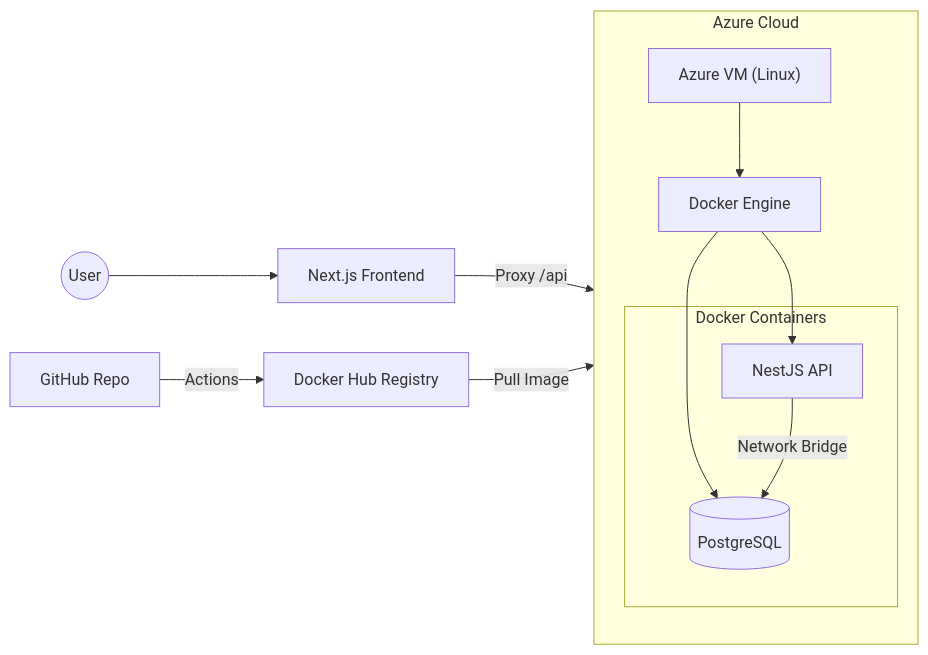
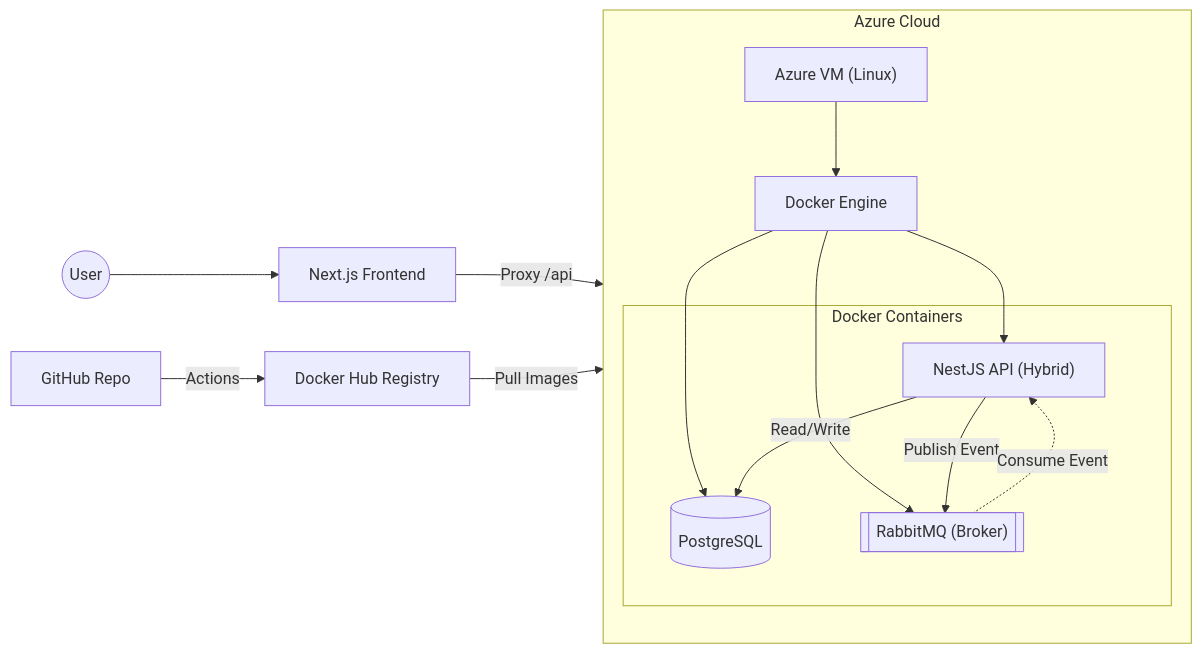
One commit to copa-origem/api-consumo-nest changed the diagram in README.md. Above: the diagram before and after it, drawn with Mermaid.

````diff
--- a/README.md
+++ b/README.md
@@ -24,22 +24,27 @@
 ```mermaid
 graph LR
     User((User)) --> Vercel["Next.js Frontend"]
     Vercel -- "Proxy /api" --> Azure["Azure VM (Linux)"]
     
     subgraph AzureCloud ["Azure Cloud"]
         direction TB
         Azure --> Docker["Docker Engine"]
         
         subgraph Containers ["Docker Containers"]
-            API["NestJS API"]
+            API["NestJS API (Hybrid)"]
             DB[("PostgreSQL")]
+            Rabbit[["RabbitMQ (Broker)"]]
         end
         
         Docker --> API
         Docker --> DB
-        API -- "Network Bridge" --> DB
+        Docker --> Rabbit
+        
+        API -- "Read/Write" --> DB
+        API -- "Publish Event" --> Rabbit
+        Rabbit -. "Consume Event" .-> API
     end
     
     GitHub["GitHub Repo"] -- Actions --> DockerHub["Docker Hub Registry"]
-    DockerHub -- "Pull Image" --> Azure
+    DockerHub -- "Pull Images" --> Azure
 ```
````
